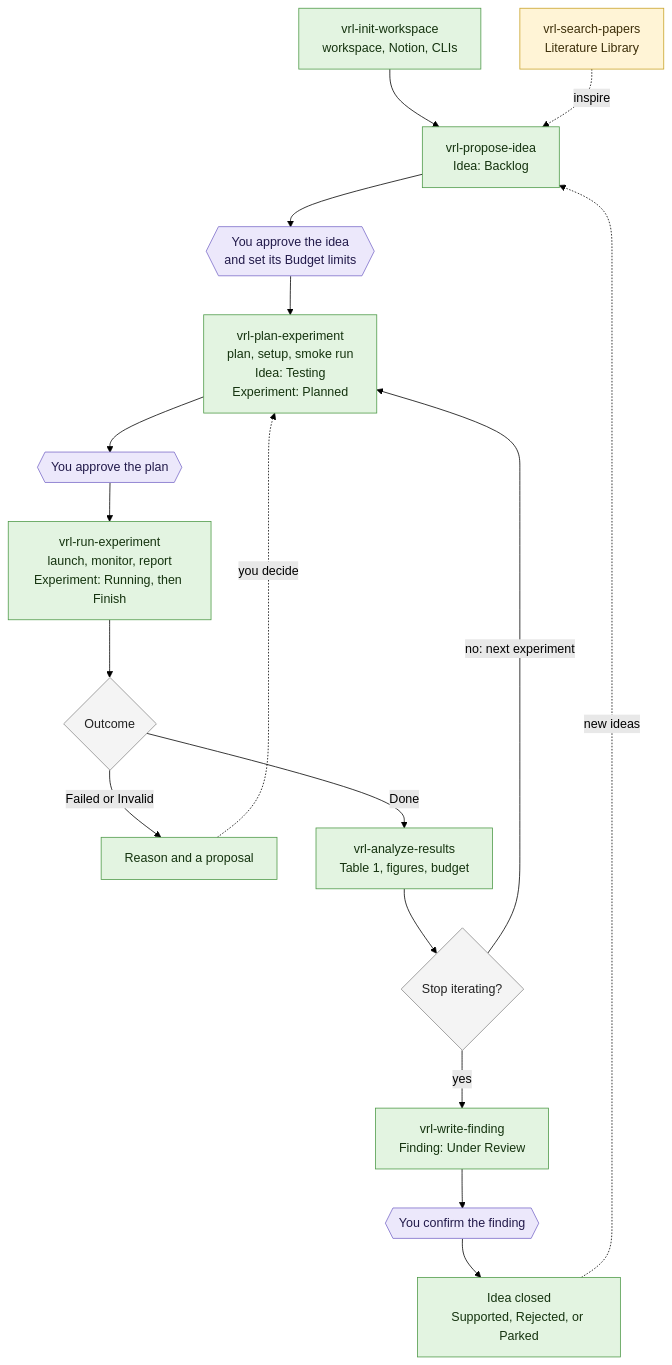
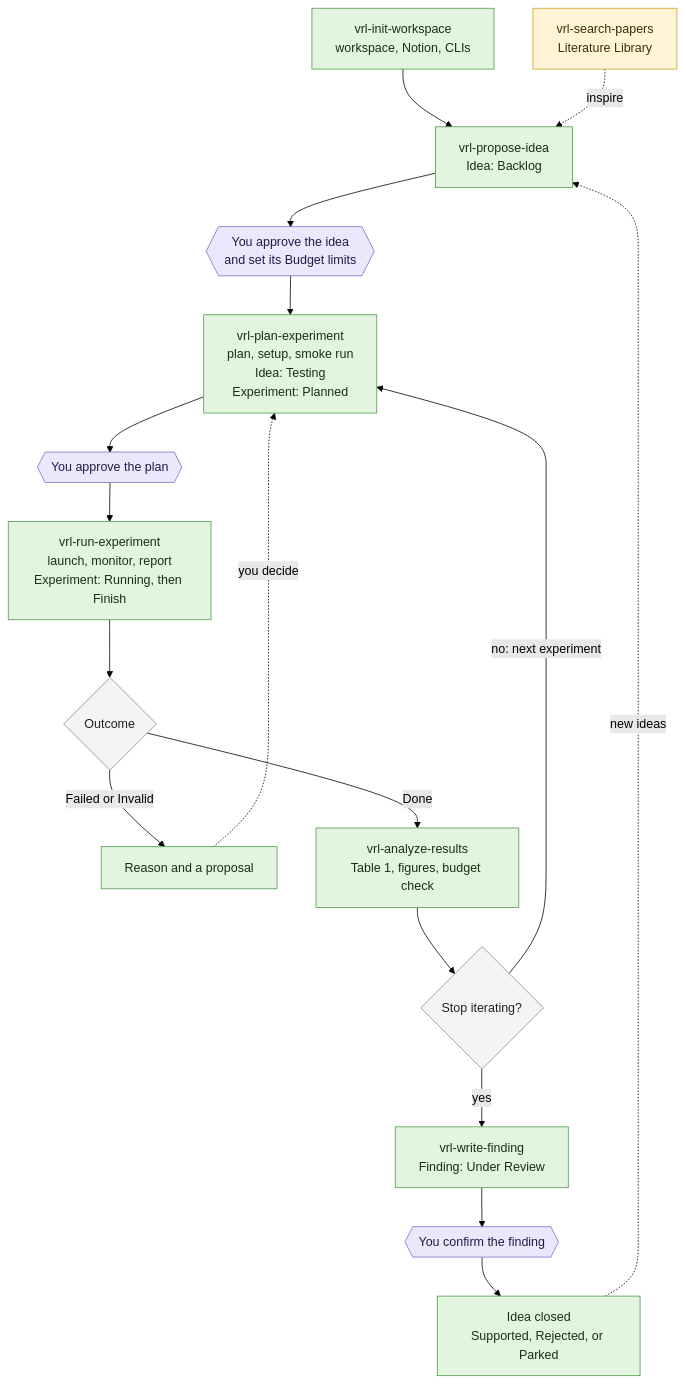
The diagram in README.md (Beat-in-our-hearts/vibe-research-loop-skills), drawn with Mermaid (forest theme) before and after one commit. The commit also changed 10 other files, not shown here.

````diff
--- a/README.md
+++ b/README.md
@@ -45,37 +45,37 @@
 ```mermaid
 flowchart TD
     INIT["vrl-init-workspace<br/>workspace, Notion, CLIs"]
     PAPERS["vrl-search-papers<br/>Literature Library"]
     IDEA["vrl-propose-idea<br/>Idea: Backlog"]
     G1{{"You approve the idea<br/>and set its Budget limits"}}
     PLAN["vrl-plan-experiment<br/>plan, setup, smoke run<br/>Idea: Testing<br/>Experiment: Planned"]
     G2{{"You approve the plan"}}
     RUN["vrl-run-experiment<br/>launch, monitor, report<br/>Experiment: Running, then Finish"]
     OUT{"Outcome"}
     FAIL["Reason and a proposal"]
-    ANALYZE["vrl-analyze-results<br/>Table 1, figures, budget"]
+    ANALYZE["vrl-analyze-results<br/>Table 1, figures, budget check"]
     NEXT{"Stop iterating?"}
     FIND["vrl-write-finding<br/>Finding: Under Review"]
     G3{{"You confirm the finding"}}
     CLOSE["Idea closed<br/>Supported, Rejected, or Parked"]
 
     INIT --> IDEA
     PAPERS -.->|inspire| IDEA
     IDEA --> G1 --> PLAN --> G2 --> RUN --> OUT
     OUT -->|Done| ANALYZE
     OUT -->|Failed or Invalid| FAIL
     FAIL -.->|you decide| PLAN
     ANALYZE --> NEXT
     NEXT -->|no: next experiment| PLAN
     NEXT -->|yes| FIND --> G3 --> CLOSE
     CLOSE -.->|new ideas| IDEA
 
     classDef ai fill:#E3F4E1,stroke:#4E9A48,color:#15330F
     classDef human fill:#ECE8FB,stroke:#7B6BC9,color:#221A4A
     classDef lib fill:#FFF4D6,stroke:#C9A227,color:#3D2F0A
     classDef check fill:#F4F4F4,stroke:#8A8A8A,color:#222222
     class INIT,IDEA,PLAN,RUN,ANALYZE,FIND,FAIL,CLOSE ai
     class G1,G2,G3 human
     class PAPERS lib
     class OUT,NEXT check
 ```
````
